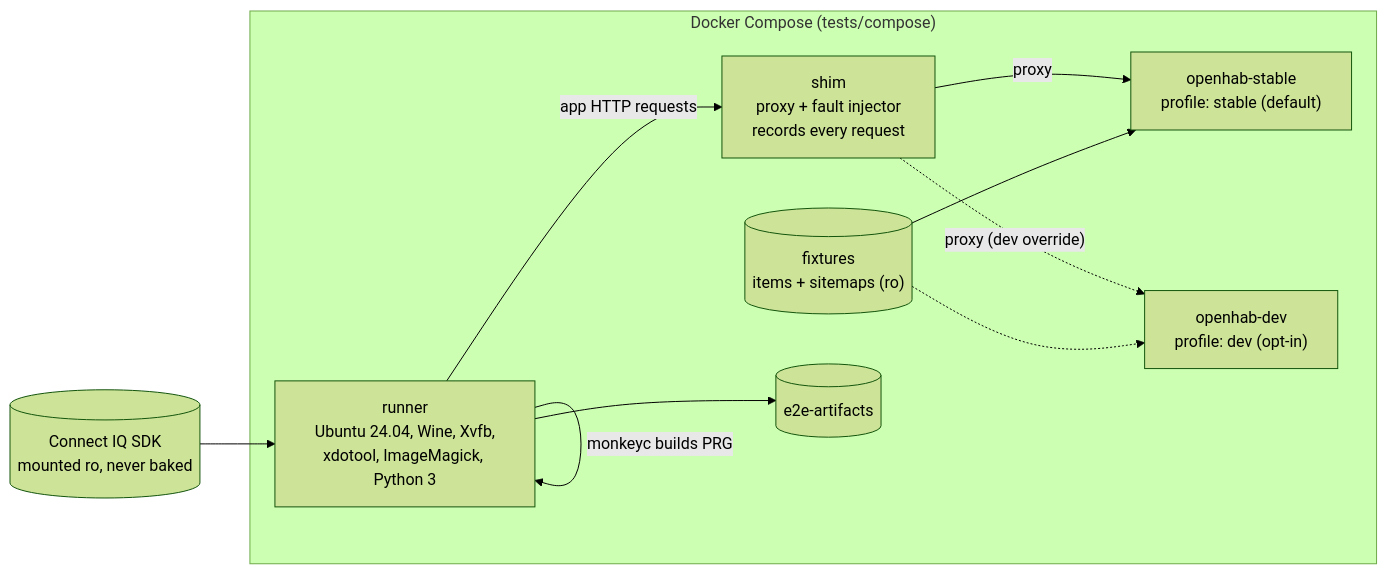
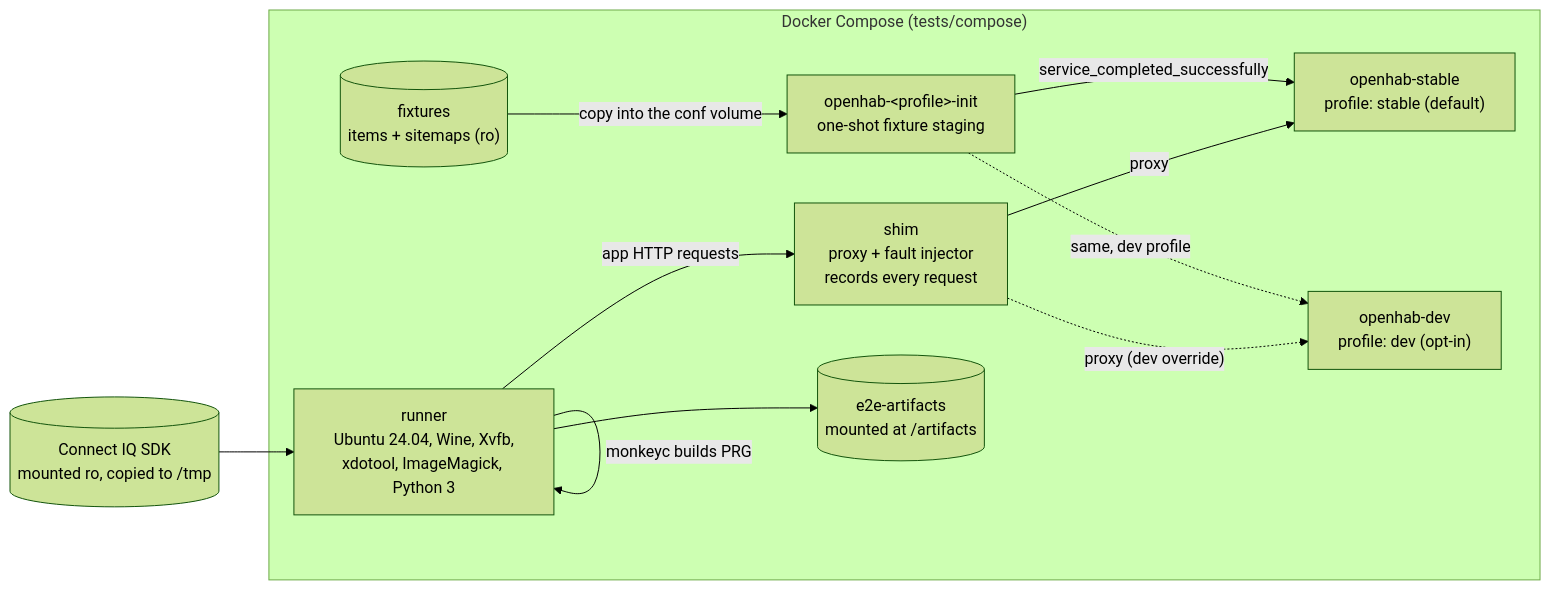
One commit to openhab/openhab-garmin changed the diagram in tests/docs/architecture.md. Above: the diagram before and after it, drawn with Mermaid (forest theme). The commit also changed other lines of this file and 17 other files, not shown here.

````diff
--- a/tests/docs/architecture.md
+++ b/tests/docs/architecture.md
@@ -5,20 +5,22 @@
 ```mermaid
 flowchart LR
     subgraph stack["Docker Compose (tests/compose)"]
         runner["runner<br/>Ubuntu 24.04, Wine, Xvfb,<br/>xdotool, ImageMagick, Python 3"]
         shim["shim<br/>proxy + fault injector<br/>records every request"]
+        init["openhab-&lt;profile&gt;-init<br/>one-shot fixture staging"]
         stable["openhab-stable<br/>profile: stable (default)"]
         dev["openhab-dev<br/>profile: dev (opt-in)"]
         fx[("fixtures<br/>items + sitemaps (ro)")]
-        arts[("e2e-artifacts")]
+        arts[("e2e-artifacts<br/>mounted at /artifacts")]
     end
-    sdk[("Connect IQ SDK<br/>mounted ro, never baked")]
+    sdk[("Connect IQ SDK<br/>mounted ro, copied to /tmp")]
     sdk --> runner
     runner -->|"monkeyc builds PRG"| runner
     runner -->|"app HTTP requests"| shim
     shim -->|"proxy"| stable
     shim -.->|"proxy (dev override)"| dev
-    fx --> stable
-    fx -.-> dev
+    fx -->|"copy into the conf volume"| init
+    init -->|"service_completed_successfully"| stable
+    init -.->|"same, dev profile"| dev
     runner --> arts
 ```
````
